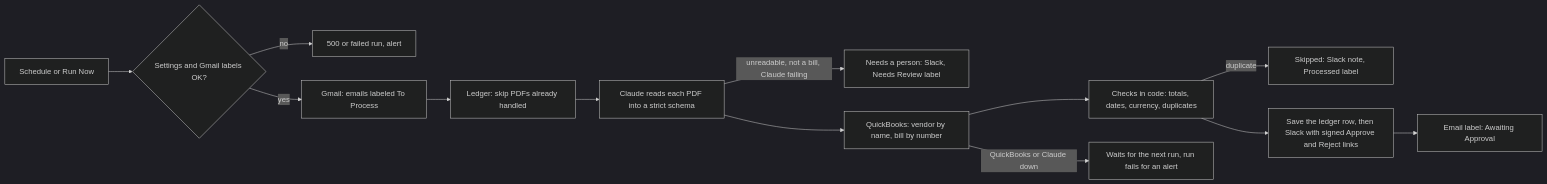
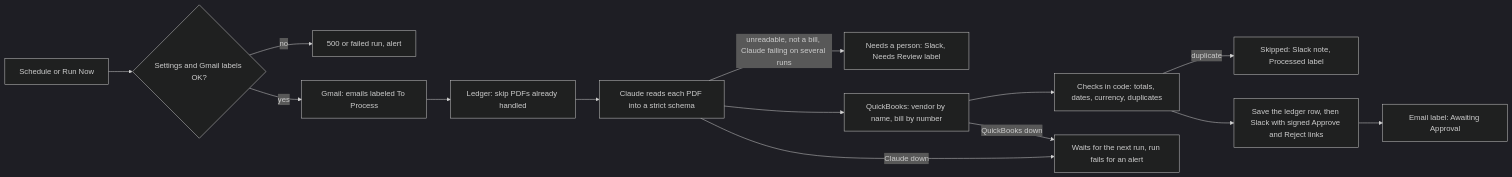
One commit to romielwillautomate/invoice-capture-to-quickbooks changed the first of 2 diagrams in README.md. Above: the diagram before and after it, drawn with Mermaid (dark theme).

Commit message:
README: separate the QuickBooks and Claude outage paths in the flow diagram
Final review before going public. A Claude outage never reaches the
QuickBooks lookup, so the diagram now shows each outage on its own edge.

````diff
--- a/README.md
+++ b/README.md
@@ -26,15 +26,16 @@
 ```mermaid
 flowchart LR
     A[Schedule or Run Now] --> B{Settings and Gmail labels OK?}
     B -->|no| X[500 or failed run, alert]
     B -->|yes| C[Gmail: emails labeled To Process]
     C --> D[Ledger: skip PDFs already handled]
     D --> E[Claude reads each PDF into a strict schema]
-    E -->|unreadable, not a bill, Claude failing| P[Needs a person: Slack, Needs Review label]
+    E -->|unreadable, not a bill, Claude failing on several runs| P[Needs a person: Slack, Needs Review label]
     E --> F[QuickBooks: vendor by name, bill by number]
     F --> G[Checks in code: totals, dates, currency, duplicates]
     G -->|duplicate| DU[Skipped: Slack note, Processed label]
     G --> H[Save the ledger row, then Slack with signed Approve and Reject links]
     H --> L[Email label: Awaiting Approval]
-    F -->|QuickBooks or Claude down| R[Waits for the next run, run fails for an alert]
+    F -->|QuickBooks down| R[Waits for the next run, run fails for an alert]
+    E -->|Claude down| R
 ```
````
